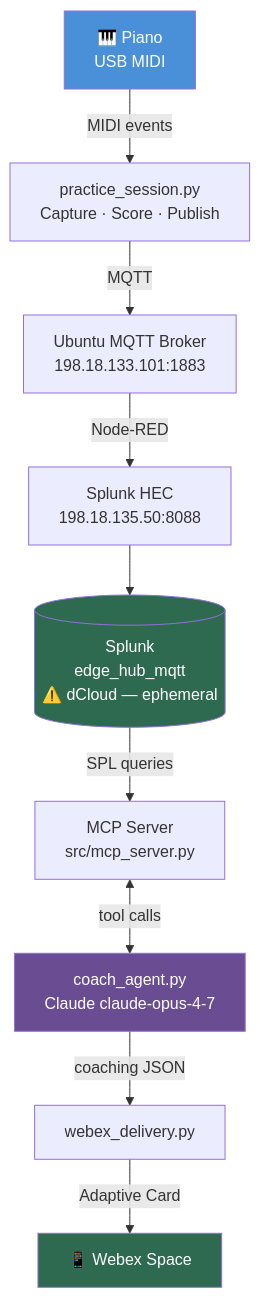
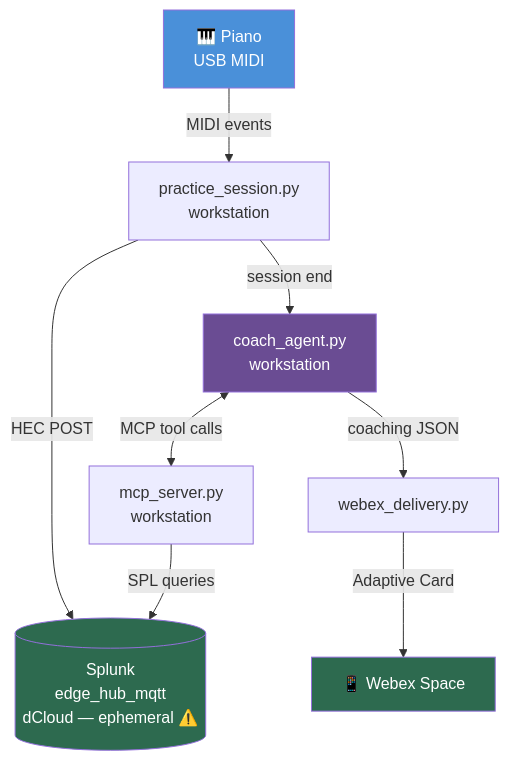
The first of 3 diagrams in plan/implementation_plan.md (jpbartin77/ai-music-project), drawn with Mermaid before and after one commit. The commit also changed other lines of this file and 12 other files, not shown here.

````diff
--- a/plan/implementation_plan.md
+++ b/plan/implementation_plan.md
@@ -27,17 +42,15 @@
 ```mermaid
 flowchart TD
-    A["🎹 Piano\nUSB MIDI"] -->|MIDI events| B["practice_session.py\nCapture · Score · Publish"]
-    B -->|MQTT| C["Ubuntu MQTT Broker\n198.18.133.101:1883"]
-    C -->|Node-RED| D["Splunk HEC\n198.18.135.50:8088"]
-    D --> F[("Splunk\nedge_hub_mqtt\n⚠️ dCloud — ephemeral")]
-
-    F -->|SPL queries| J["MCP Server\nsrc/mcp_server.py"]
-    J <-->|tool calls| K["coach_agent.py\nClaude claude-opus-4-7"]
-    K -->|coaching JSON| W["webex_delivery.py"]
+    A["🎹 Piano<br/>USB MIDI"] -->|MIDI events| B["practice_session.py<br/>workstation"]
+    B -->|HEC POST| F[("Splunk<br/>edge_hub_mqtt<br/>dCloud — ephemeral ⚠️")]
+    B -->|session end| C["coach_agent.py<br/>workstation"]
+    C <-->|MCP tool calls| J["mcp_server.py<br/>workstation"]
+    J -->|SPL queries| F
+    C -->|coaching JSON| W["webex_delivery.py"]
     W -->|Adaptive Card| M["📱 Webex Space"]
 
     style A fill:#4a90d9,color:#fff
     style F fill:#2d6a4f,color:#fff
-    style K fill:#6a4c93,color:#fff
+    style C fill:#6a4c93,color:#fff
     style M fill:#2d6a4f,color:#fff
 ```
````
